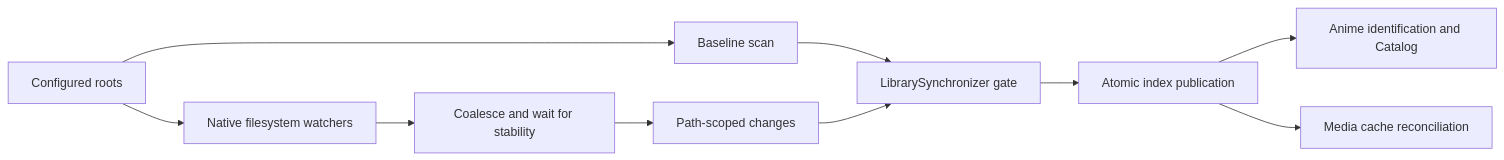
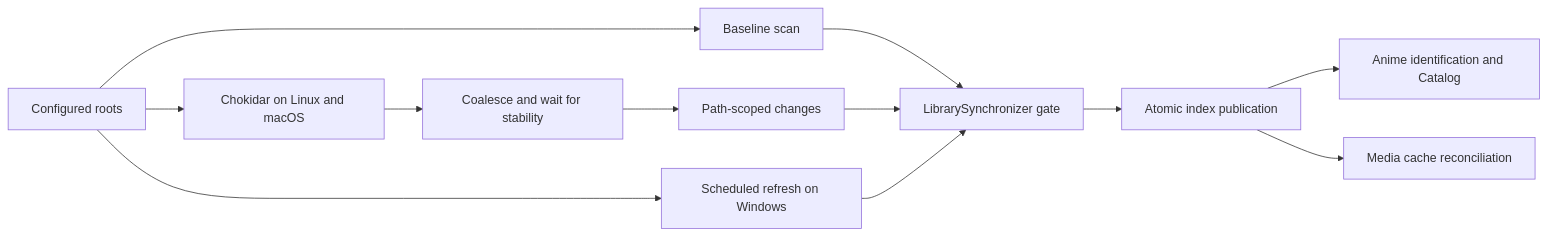
The first of 4 diagrams in docs/development/architecture.md (qw0er/Anishelf), drawn with Mermaid before and after one commit. The commit also changed other lines of this file and 16 other files, not shown here.

Commit message:
fix(library): restore Chokidar and schedule Windows refreshes

````diff
--- a/docs/development/architecture.md
+++ b/docs/development/architecture.md
@@ -192,12 +192,14 @@
 ```mermaid
 flowchart LR
     Roots[Configured roots] --> Scan[Baseline scan]
-    Roots --> Watch[Native filesystem watchers]
+    Roots --> Watch[Chokidar on Linux and macOS]
+    Roots --> Refresh[Scheduled refresh on Windows]
     Watch --> Queue[Coalesce and wait for stability]
     Queue --> Patch[Path-scoped changes]
     Scan --> Gate[LibrarySynchronizer gate]
     Patch --> Gate
+    Refresh --> Gate
     Gate --> Index[Atomic index publication]
     Index --> Anime[Anime identification and Catalog]
     Index --> Cache[Media cache reconciliation]
 ```
````
